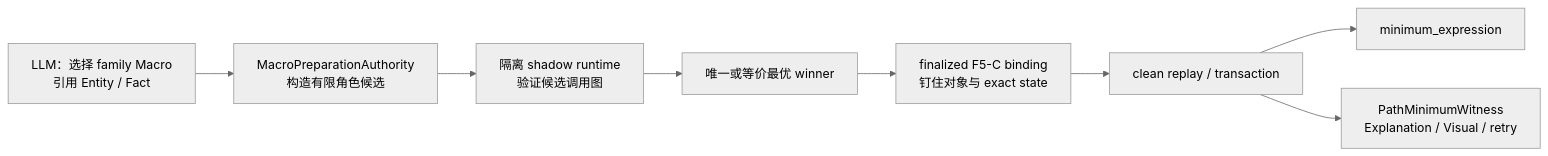
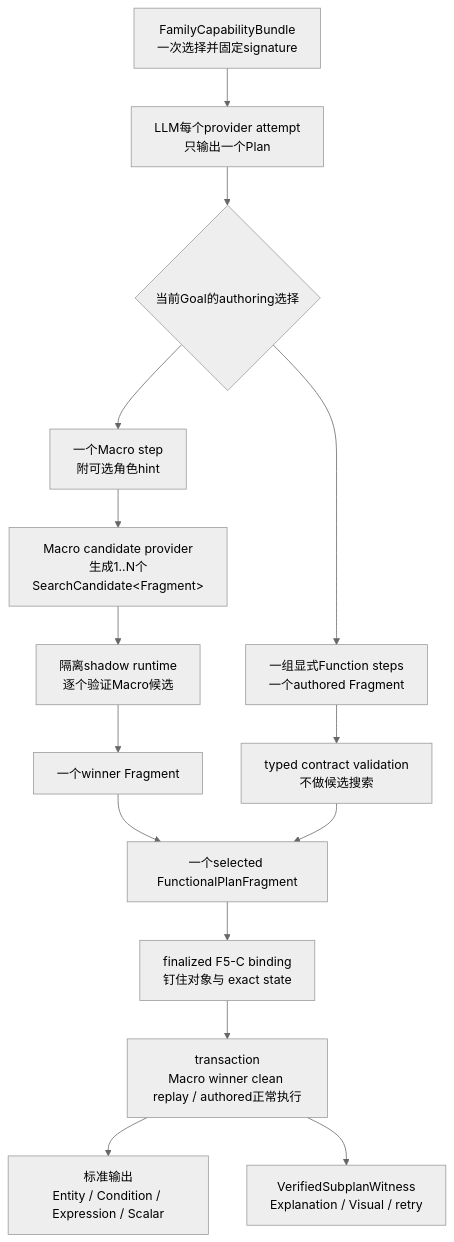
The first of 4 diagrams in docs/path-minimum-macro-redesign.md (rongchenxu100/shuxueshuo), drawn with Mermaid (neutral theme) before and after one commit. The commit also changed other lines of this file and 149 other files, not shown here.

Commit message:
refactor(solver): add generic verified subplan kernel

````diff
--- a/docs/path-minimum-macro-redesign.md
+++ b/docs/path-minimum-macro-redesign.md
@@ -23,15 +65,24 @@
 ```mermaid
-flowchart LR
-  L["LLM：选择 family Macro<br/>引用 Entity / Fact"]
-  P["MacroPreparationAuthority<br/>构造有限角色候选"]
-  S["隔离 shadow runtime<br/>验证候选调用图"]
-  W["唯一或等价最优 winner"]
+flowchart TD
+  F["FamilyCapabilityBundle<br/>一次选择并固定signature"]
+  L["LLM每个provider attempt<br/>只输出一个Plan"]
+  D{"当前Goal的authoring选择"}
+  M["一个Macro step<br/>附可选角色hint"]
+  P["Macro candidate provider<br/>生成1..N个SearchCandidate&lt;Fragment&gt;"]
+  S["隔离shadow runtime<br/>逐个验证Macro候选"]
+  W["一个winner Fragment"]
+  A["一组显式Function steps<br/>一个authored Fragment"]
+  V["typed contract validation<br/>不做候选搜索"]
+  C["一个selected FunctionalPlanFragment"]
   B["finalized F5-C binding<br/>钉住对象与 exact state"]
-  R["clean replay / transaction"]
-  O["minimum_expression"]
-  E["PathMinimumWitness<br/>Explanation / Visual / retry"]
+  R["transaction<br/>Macro winner clean replay / authored正常执行"]
+  O["标准输出<br/>Entity / Condition / Expression / Scalar"]
+  E["VerifiedSubplanWitness<br/>Explanation / Visual / retry"]
 
-  L --> P --> S --> W --> B --> R
+  F --> L --> D
+  D --> M --> P --> S --> W --> C
+  D --> A --> V --> C
+  C --> B --> R
   R --> O
   R --> E
 ```
````
